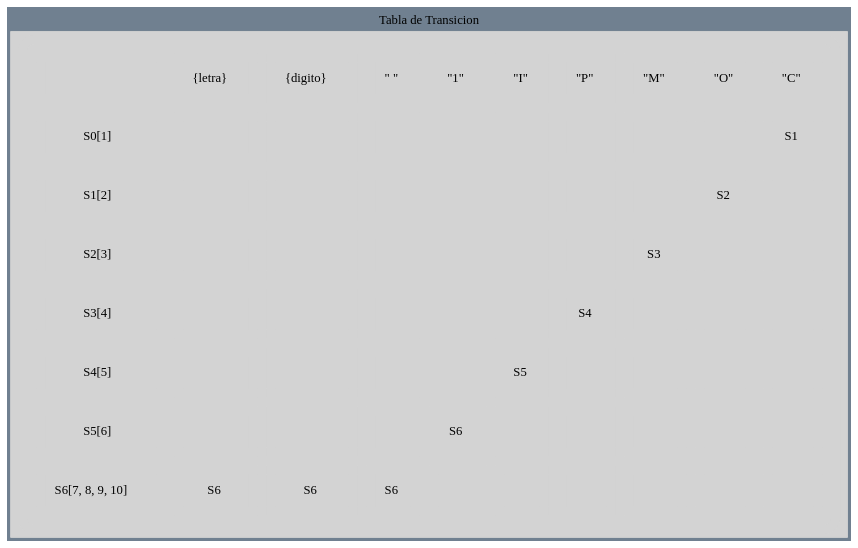
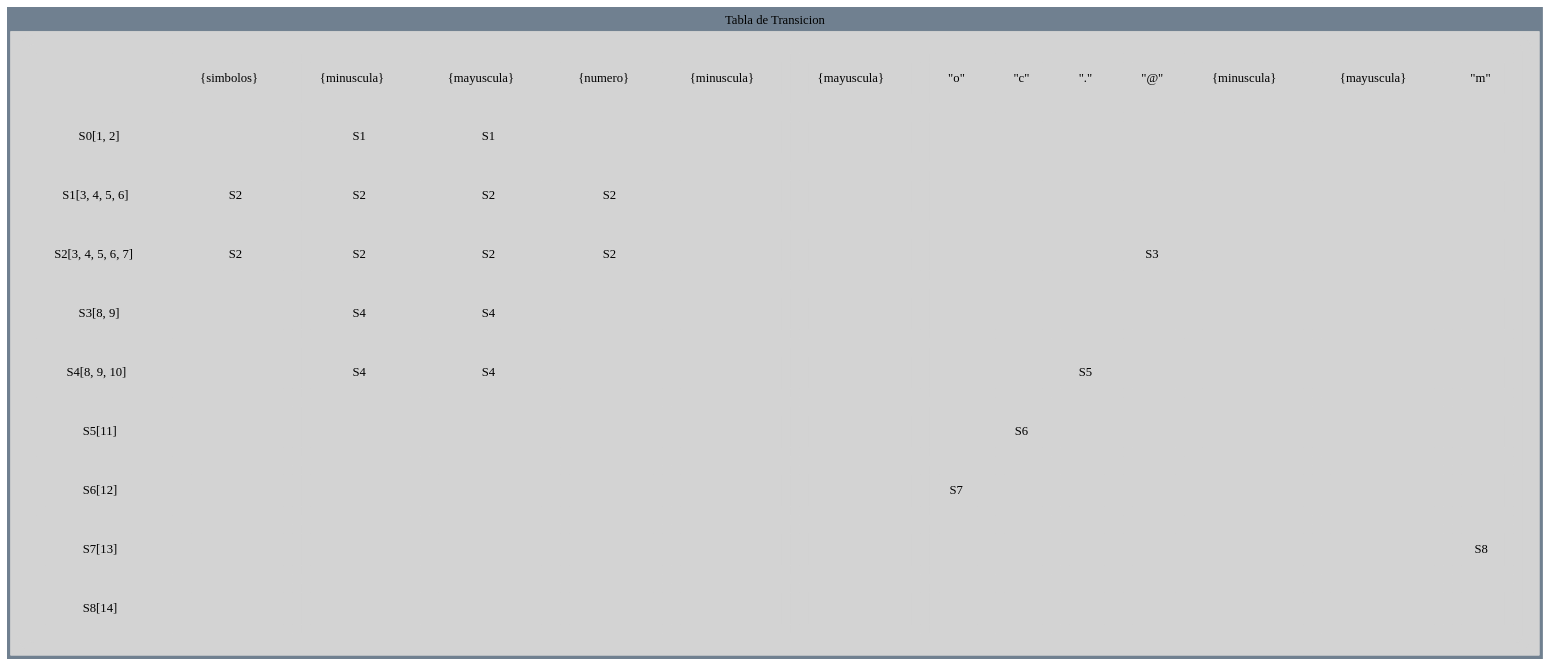
The diagram in reportes/Transiciones_202002591/Tabla1.dot (SeZamora/202002591_PY1_OLC1), drawn with Graphviz before and after one commit. The commit also changed 53 other files, not shown here.

```diff
--- a/reportes/Transiciones_202002591/Tabla1.dot
+++ b/reportes/Transiciones_202002591/Tabla1.dot
@@ -1,94 +1,156 @@
 digraph G {
 bgcolor="slategrey" label="Tabla de Transicion" layout=dot 
 labelloc = "t" edge [weigth=1000  color=darkgreen  arrowtail="open" arrowhead="open"]
 node[shape=box, style="filled", color=lightgrey];
 a0 [label=<
 <TABLE border="10" cellspacing="10" cellpadding="10" style="rounded"><TR><TD> </TD>
-<TD>{letra}</TD>
-<TD>{digito}</TD>
-<TD>" "</TD>
-<TD>"1"</TD>
-<TD>"I"</TD>
-<TD>"P"</TD>
-<TD>"M"</TD>
-<TD>"O"</TD>
-<TD>"C"</TD>
+<TD>{simbolos}</TD>
+<TD>{minuscula}</TD>
+<TD>{mayuscula}</TD>
+<TD>{numero}</TD>
+<TD>{minuscula}</TD>
+<TD>{mayuscula}</TD>
+<TD>"o"</TD>
+<TD>"c"</TD>
+<TD>"."</TD>
+<TD>"@"</TD>
+<TD>{minuscula}</TD>
+<TD>{mayuscula}</TD>
+<TD>"m"</TD>
   </TR>
-<TR><TD>S0[1]</TD>
+<TR><TD>S0[1, 2]</TD>
+  <TD> </TD>
+  <TD>S1</TD>
+  <TD>S1</TD>
   <TD> </TD>
   <TD> </TD>
   <TD> </TD>
   <TD> </TD>
   <TD> </TD>
   <TD> </TD>
   <TD> </TD>
   <TD> </TD>
-  <TD>S1</TD>
+  <TD> </TD>
+  <TD> </TD>
 </TR>
-<TR><TD>S1[2]</TD>
+<TR><TD>S1[3, 4, 5, 6]</TD>
+  <TD>S2</TD>
+  <TD>S2</TD>
+  <TD>S2</TD>
+  <TD>S2</TD>
   <TD> </TD>
   <TD> </TD>
   <TD> </TD>
   <TD> </TD>
   <TD> </TD>
   <TD> </TD>
   <TD> </TD>
-  <TD>S2</TD>
+  <TD> </TD>
   <TD> </TD>
 </TR>
-<TR><TD>S2[3]</TD>
-  <TD> </TD>
+<TR><TD>S2[3, 4, 5, 6, 7]</TD>
+  <TD>S2</TD>
+  <TD>S2</TD>
+  <TD>S2</TD>
+  <TD>S2</TD>
   <TD> </TD>
   <TD> </TD>
   <TD> </TD>
   <TD> </TD>
   <TD> </TD>
   <TD>S3</TD>
   <TD> </TD>
   <TD> </TD>
+  <TD> </TD>
 </TR>
-<TR><TD>S3[4]</TD>
+<TR><TD>S3[8, 9]</TD>
+  <TD> </TD>
+  <TD>S4</TD>
+  <TD>S4</TD>
   <TD> </TD>
   <TD> </TD>
   <TD> </TD>
   <TD> </TD>
   <TD> </TD>
-  <TD>S4</TD>
+  <TD> </TD>
+  <TD> </TD>
   <TD> </TD>
   <TD> </TD>
   <TD> </TD>
 </TR>
-<TR><TD>S4[5]</TD>
+<TR><TD>S4[8, 9, 10]</TD>
+  <TD> </TD>
+  <TD>S4</TD>
+  <TD>S4</TD>
+  <TD> </TD>
   <TD> </TD>
   <TD> </TD>
   <TD> </TD>
   <TD> </TD>
   <TD>S5</TD>
   <TD> </TD>
   <TD> </TD>
   <TD> </TD>
   <TD> </TD>
 </TR>
-<TR><TD>S5[6]</TD>
+<TR><TD>S5[11]</TD>
+  <TD> </TD>
+  <TD> </TD>
+  <TD> </TD>
+  <TD> </TD>
   <TD> </TD>
   <TD> </TD>
   <TD> </TD>
   <TD>S6</TD>
   <TD> </TD>
   <TD> </TD>
   <TD> </TD>
   <TD> </TD>
   <TD> </TD>
 </TR>
-<TR><TD>S6[7, 8, 9, 10]</TD>
-  <TD>S6</TD>
-  <TD>S6</TD>
-  <TD>S6</TD>
+<TR><TD>S6[12]</TD>
+  <TD> </TD>
+  <TD> </TD>
+  <TD> </TD>
+  <TD> </TD>
+  <TD> </TD>
+  <TD> </TD>
+  <TD>S7</TD>
+  <TD> </TD>
+  <TD> </TD>
+  <TD> </TD>
+  <TD> </TD>
+  <TD> </TD>
+  <TD> </TD>
+</TR>
+<TR><TD>S7[13]</TD>
+  <TD> </TD>
+  <TD> </TD>
+  <TD> </TD>
+  <TD> </TD>
+  <TD> </TD>
+  <TD> </TD>
+  <TD> </TD>
+  <TD> </TD>
+  <TD> </TD>
+  <TD> </TD>
+  <TD> </TD>
+  <TD> </TD>
+  <TD>S8</TD>
+</TR>
+<TR><TD>S8[14]</TD>
+  <TD> </TD>
+  <TD> </TD>
+  <TD> </TD>
+  <TD> </TD>
+  <TD> </TD>
+  <TD> </TD>
+  <TD> </TD>
   <TD> </TD>
   <TD> </TD>
   <TD> </TD>
   <TD> </TD>
   <TD> </TD>
   <TD> </TD>
 </TR>
 </TABLE>>];}
```
